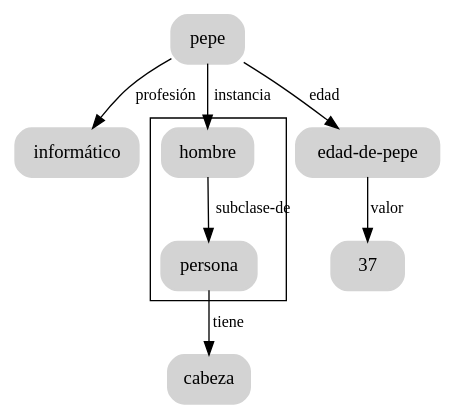
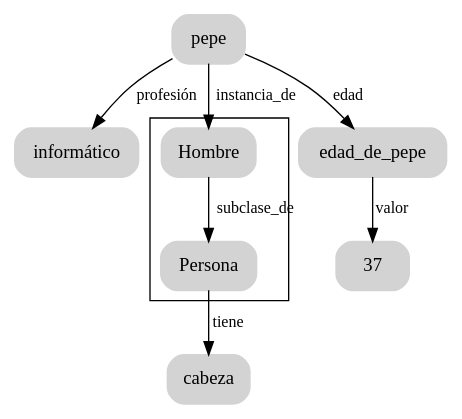
Before and after one commit to masterdatascienceifca/semantic-networks: the diagram in dot/graph3.dot, drawn with Graphviz. The commit also changed 24 other files, not shown here.

```diff
--- a/dot/graph3.dot
+++ b/dot/graph3.dot
@@ -1,19 +1,19 @@
 digraph ejemplo {
 node  [style="rounded,filled,bold", shape=box, fontname="Nimbus", color="lightgray"];
 edge  [fontname="Nimbus" weight=2, fontsize=12]
 A -> B [ label = "profesión" ];
 A -> C [ label = "edad"];
 C -> D [ label = "valor"];
-A -> E [ label = "instancia"];
+A -> E [ label = "instancia_de"];
 subgraph cluster_1 {
-E -> F [ label = "subclase-de"];
+E -> F [ label = "subclase_de"];
 }
 F -> G [ label = "tiene"];
 A [label="pepe"];
 B [label="informático"];
-C [label="edad-de-pepe"];
+C [label="edad_de_pepe"];
 D [label="37"];
-E [label="hombre"];
-F [label="persona"];
+E [label="Hombre"];
+F [label="Persona"];
 G [label="cabeza"];
 }
```
